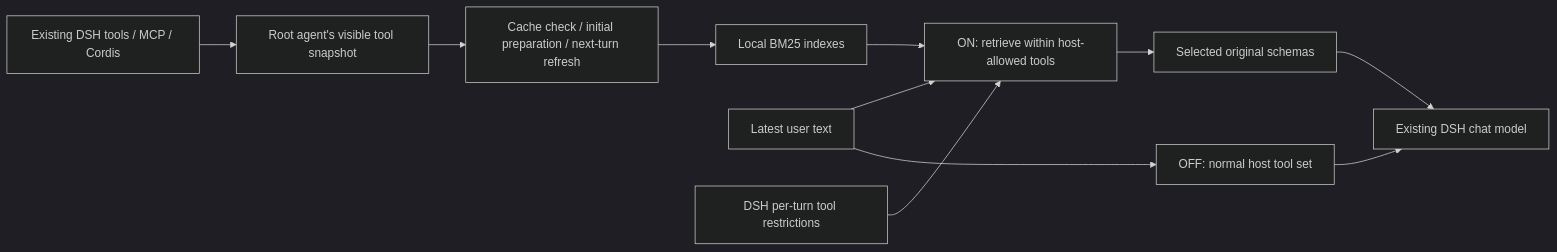
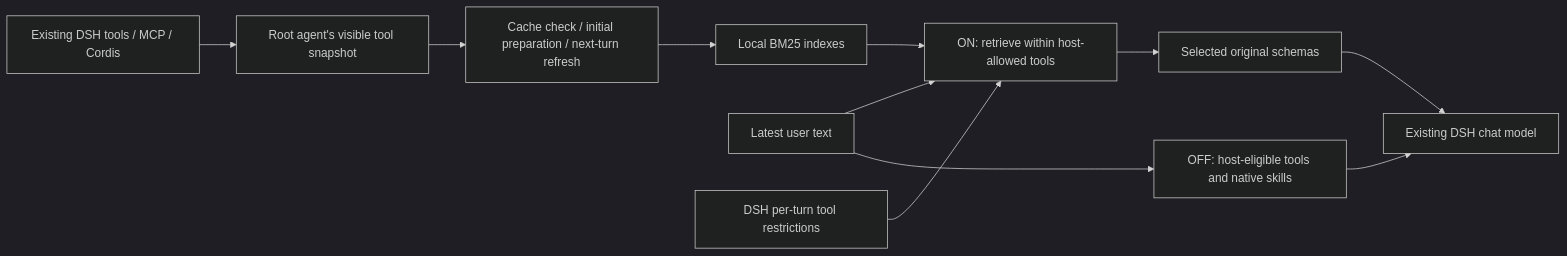
Before and after one commit to JKL-agents/toollery-dsh: the diagram in docs/plugin.md, drawn with Mermaid (dark theme). The commit also changed other lines of this file and 28 other files, not shown here.

````diff
--- a/docs/plugin.md
+++ b/docs/plugin.md
@@ -129,13 +131,13 @@
 ```mermaid
 flowchart LR
   Sources[Existing DSH tools / MCP / Cordis] --> Snapshot[Root agent's visible tool snapshot]
   Snapshot --> Worker[Cache check / initial preparation / next-turn refresh]
   Worker --> Index[Local BM25 indexes]
   Prompt[Latest user text] --> Select[ON: retrieve within host-allowed tools]
   Index --> Select
   Host[DSH per-turn tool restrictions] --> Select
   Select --> Schemas[Selected original schemas]
   Schemas --> Model[Existing DSH chat model]
-  Prompt --> Off[OFF: normal host tool set]
+  Prompt --> Off[OFF: host-eligible tools and native skills]
   Off --> Model
 ```
````
